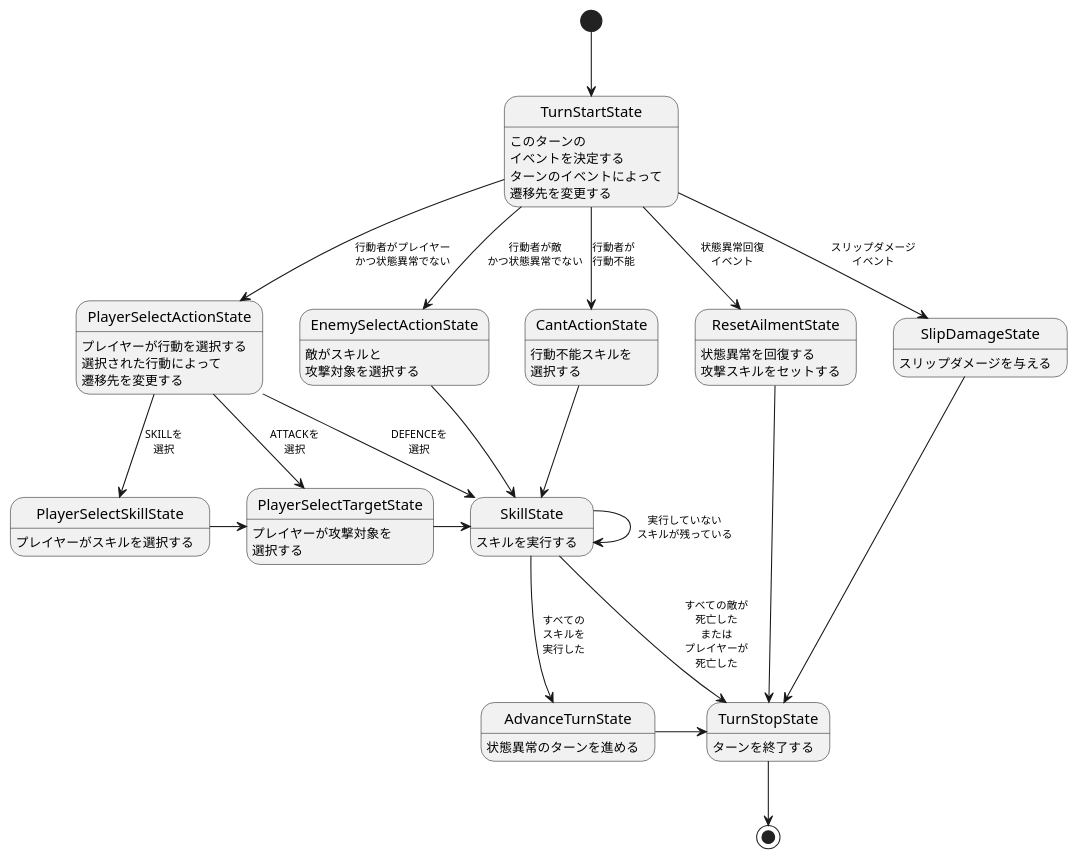
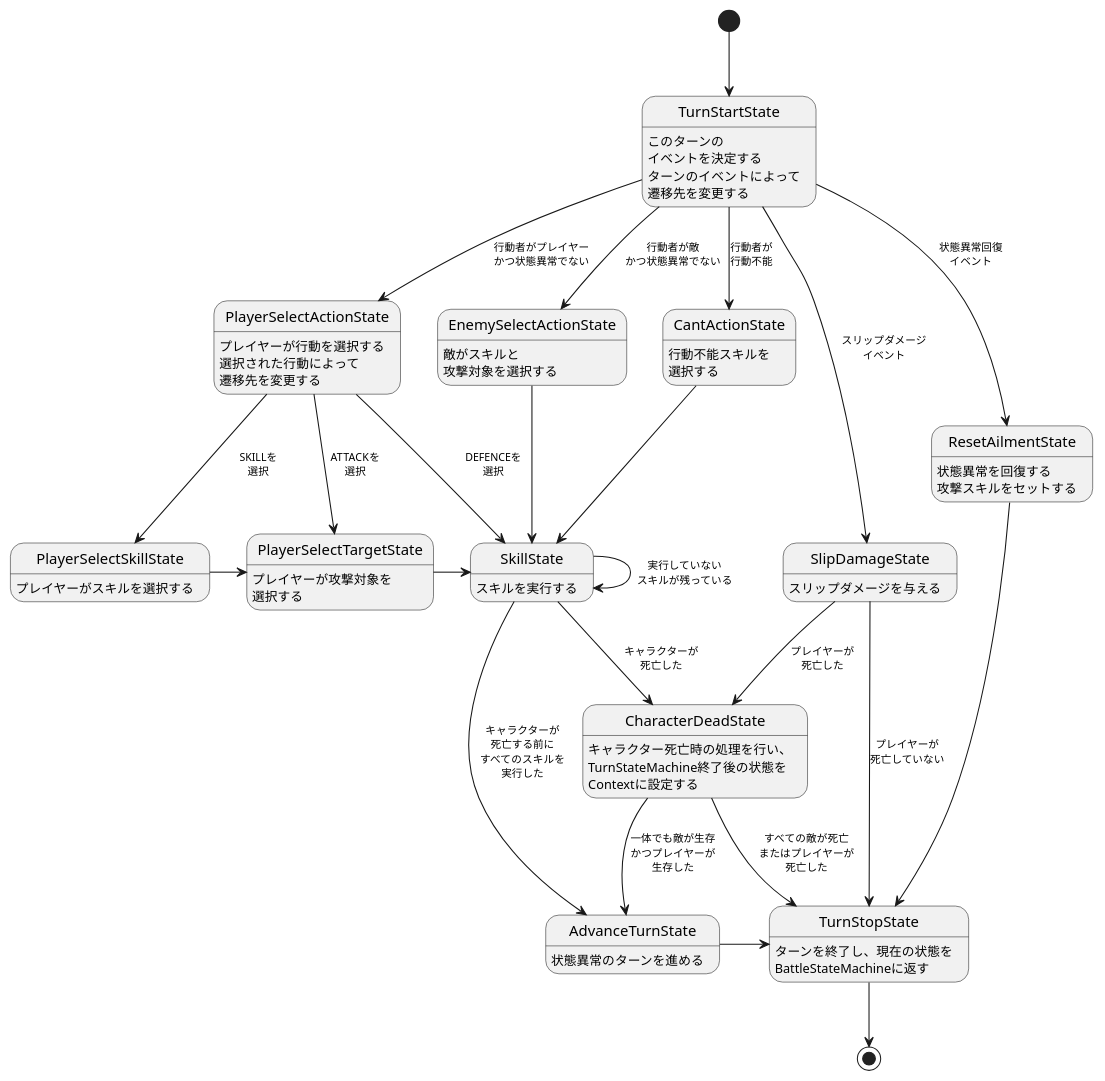
The diagram in Documents/PlantUML/TurnStateDiagram.puml (natsuhiko-maekawa/RPG), drawn with PlantUML before and after one commit. The commit also changed 7 other files, not shown here.

```diff
--- a/Documents/PlantUML/TurnStateDiagram.puml
+++ b/Documents/PlantUML/TurnStateDiagram.puml
@@ -1,44 +1,48 @@
 @startuml
 'https://plantuml.com/ja/state-diagram
 
 <style>
 stateDiagram {
   arrow {
     FontSize 10
   }
 }
 </style>
 
 [*] --> TurnStartState
 TurnStartState --> PlayerSelectActionState : 行動者がプレイヤー\nかつ状態異常でない
 PlayerSelectActionState --> PlayerSelectSkillState : SKILLを\n選択
 PlayerSelectActionState --> PlayerSelectTargetState : ATTACKを\n選択
 PlayerSelectActionState --> SkillState : DEFENCEを\n選択
 PlayerSelectSkillState -> PlayerSelectTargetState
 PlayerSelectTargetState -> SkillState
 TurnStartState --> EnemySelectActionState : 行動者が敵\nかつ状態異常でない
 EnemySelectActionState --> SkillState
 TurnStartState --> CantActionState : 行動者が\n行動不能
 CantActionState --> SkillState
 SkillState --> SkillState : 実行していない\nスキルが残っている
-SkillState --> AdvanceTurnState : すべての\nスキルを\n実行した
-SkillState --> TurnStopState : すべての敵が\n死亡した\nまたは\nプレイヤーが\n死亡した
+SkillState --> CharacterDeadState : キャラクターが\n死亡した
+CharacterDeadState --> AdvanceTurnState : 一体でも敵が生存\nかつプレイヤーが\n生存した
+CharacterDeadState --> TurnStopState : すべての敵が死亡\nまたはプレイヤーが\n死亡した
+SkillState --> AdvanceTurnState : キャラクターが\n死亡する前に\nすべてのスキルを\n実行した
 AdvanceTurnState -> TurnStopState
 TurnStartState --> ResetAilmentState : 状態異常回復\nイベント
 ResetAilmentState ---> TurnStopState
 TurnStartState --> SlipDamageState : スリップダメージ\nイベント
-SlipDamageState ---> TurnStopState
+SlipDamageState --> CharacterDeadState : プレイヤーが\n死亡した
+SlipDamageState ---> TurnStopState : プレイヤーが\n死亡していない
 TurnStopState --> [*]
 
 TurnStartState : このターンの\nイベントを決定する\nターンのイベントによって\n遷移先を変更する
 PlayerSelectActionState : プレイヤーが行動を選択する\n選択された行動によって\n遷移先を変更する
 PlayerSelectSkillState : プレイヤーがスキルを選択する
 PlayerSelectTargetState : プレイヤーが攻撃対象を\n選択する
 EnemySelectActionState : 敵がスキルと\n攻撃対象を選択する
 CantActionState : 行動不能スキルを\n選択する
 SkillState : スキルを実行する
+CharacterDeadState : キャラクター死亡時の処理を行い、\nTurnStateMachine終了後の状態を\nContextに設定する
 AdvanceTurnState : 状態異常のターンを進める
 ResetAilmentState : 状態異常を回復する\n攻撃スキルをセットする
 SlipDamageState : スリップダメージを与える
-TurnStopState : ターンを終了する
+TurnStopState : ターンを終了し、現在の状態を\nBattleStateMachineに返す
 @enduml
```
